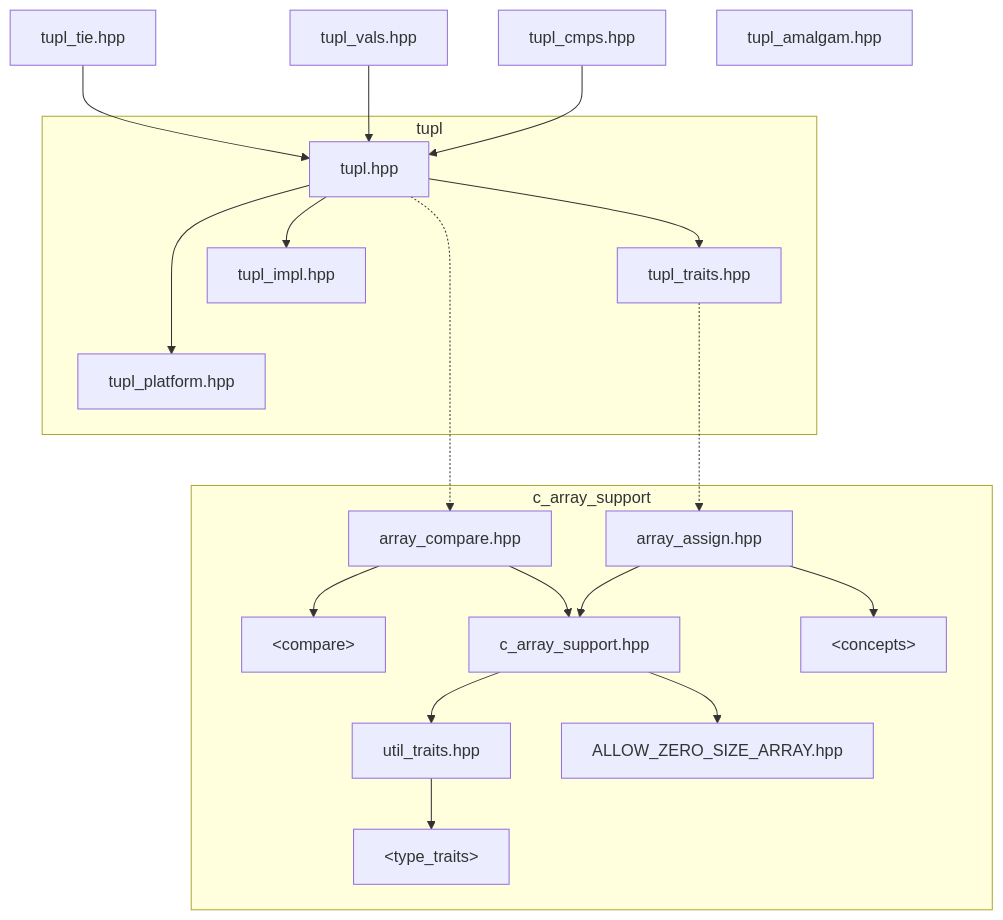
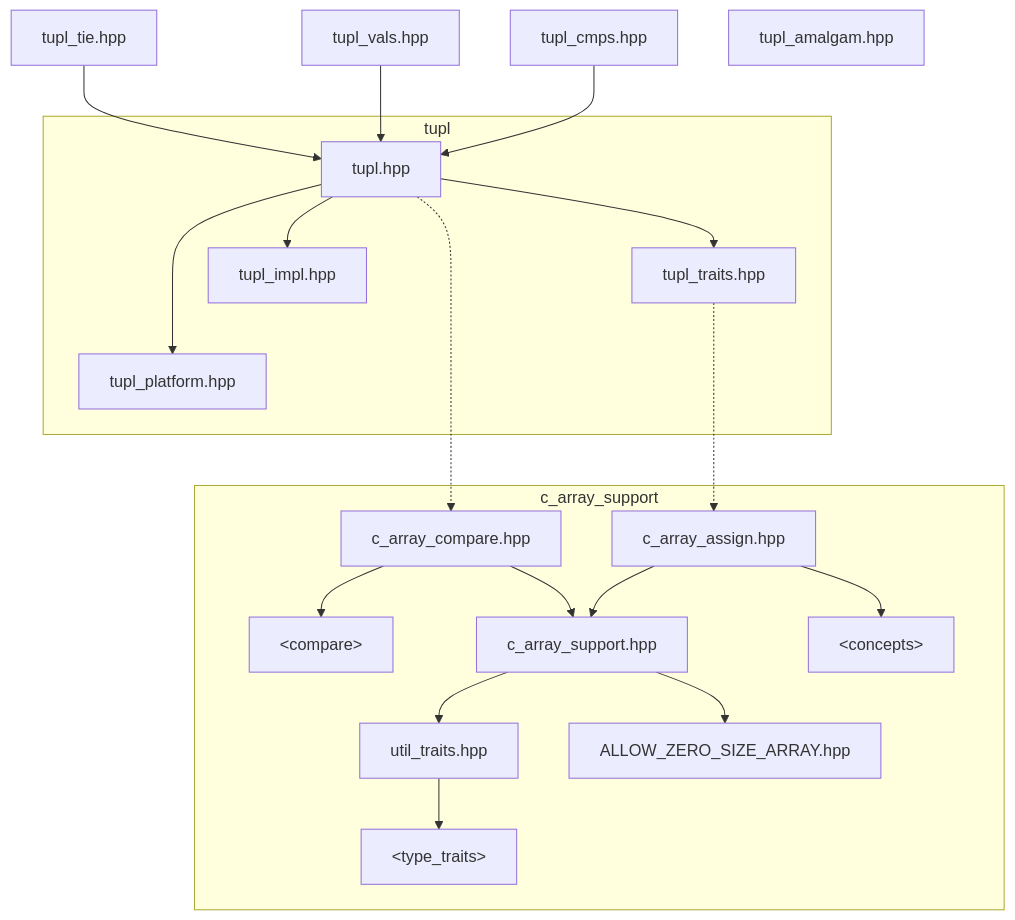
One commit to lemuriad/tupl changed the first of 2 diagrams in readme.md. Above: the diagram before and after it, drawn with Mermaid. The commit also changed 7 other files, not shown here.

Commit message:
Use IREPEAT and c_array_support from Lemuriad

````diff
--- a/readme.md
+++ b/readme.md
@@ -514,23 +514,23 @@
 ```mermaid
   flowchart TD
     tupl_tie.hpp --> tupl.hpp
     tupl_vals.hpp --> tupl.hpp
     tupl_cmps.hpp --> tupl.hpp
     tupl_amalgam.hpp
     subgraph tupl
     tupl.hpp --> tupl_traits.hpp
     tupl.hpp --> tupl_impl.hpp
     tupl.hpp ---> tupl_platform.hpp
     end
     subgraph c_array_support
-    tupl.hpp -...-> array_compare.hpp
-    tupl_traits.hpp -..-> array_assign.hpp
-    array_compare.hpp --> std["#lt;compare#gt;"]
-    array_compare.hpp --> c_array_support.hpp
-    array_assign.hpp --> c_array_support.hpp
-    array_assign.hpp --> con["#lt;concepts#gt;"]
+    tupl.hpp -...-> c_array_compare.hpp
+    tupl_traits.hpp -..-> c_array_assign.hpp
+    c_array_compare.hpp --> std["#lt;compare#gt;"]
+    c_array_compare.hpp --> c_array_support.hpp
+    c_array_assign.hpp --> c_array_support.hpp
+    c_array_assign.hpp --> con["#lt;concepts#gt;"]
     c_array_support.hpp --> util_traits.hpp
     c_array_support.hpp --> ALLOW_ZERO_SIZE_ARRAY.hpp
     util_traits.hpp --> type_traitsstd["#lt;type_traits#gt;"]
     end
 ```
````
